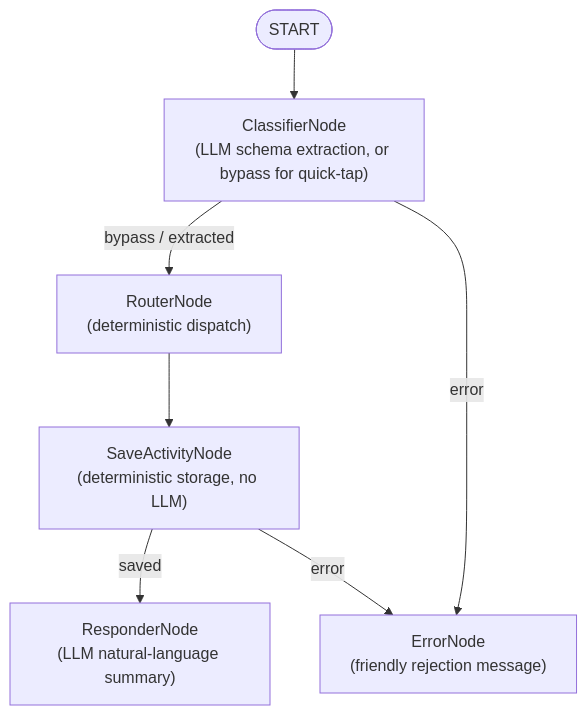
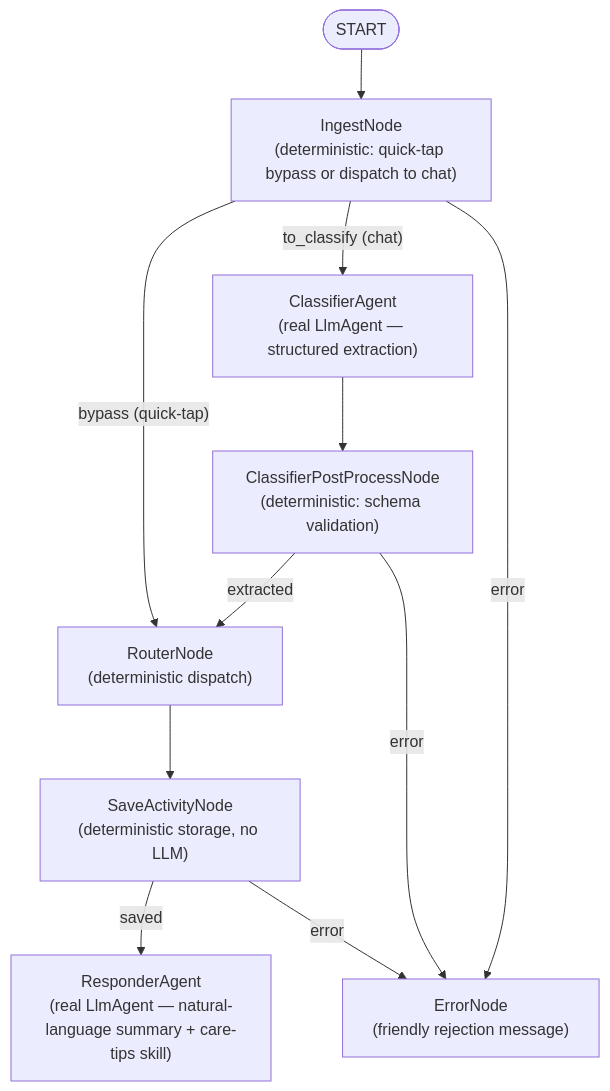
The diagram in README.md (oslinin/nanny), drawn with Mermaid before and after one commit. The commit also changed other lines of this file and 9 other files, not shown here.

First line of the commit message:
Add real multi-agent system, agent skill, and security guardrail

````diff
--- a/README.md
+++ b/README.md
@@ -11,16 +28,22 @@
 ```mermaid
 flowchart TD
     START([START])
-    Classifier["ClassifierNode\n(LLM schema extraction, or bypass for quick-tap)"]
+    Ingest["IngestNode\n(deterministic: quick-tap bypass or dispatch to chat)"]
+    Classifier["ClassifierAgent\n(real LlmAgent — structured extraction)"]
+    Postprocess["ClassifierPostProcessNode\n(deterministic: schema validation)"]
     Router["RouterNode\n(deterministic dispatch)"]
     Save["SaveActivityNode\n(deterministic storage, no LLM)"]
-    Responder["ResponderNode\n(LLM natural-language summary)"]
+    Responder["ResponderAgent\n(real LlmAgent — natural-language summary + care-tips skill)"]
     ErrorNode["ErrorNode\n(friendly rejection message)"]
 
-    START --> Classifier
-    Classifier -- "bypass / extracted" --> Router
-    Classifier -- "error" --> ErrorNode
+    START --> Ingest
+    Ingest -- "bypass (quick-tap)" --> Router
+    Ingest -- "to_classify (chat)" --> Classifier
+    Ingest -- "error" --> ErrorNode
+    Classifier --> Postprocess
+    Postprocess -- "extracted" --> Router
+    Postprocess -- "error" --> ErrorNode
     Router --> Save
     Save -- "saved" --> Responder
     Save -- "error" --> ErrorNode
 ```
````
